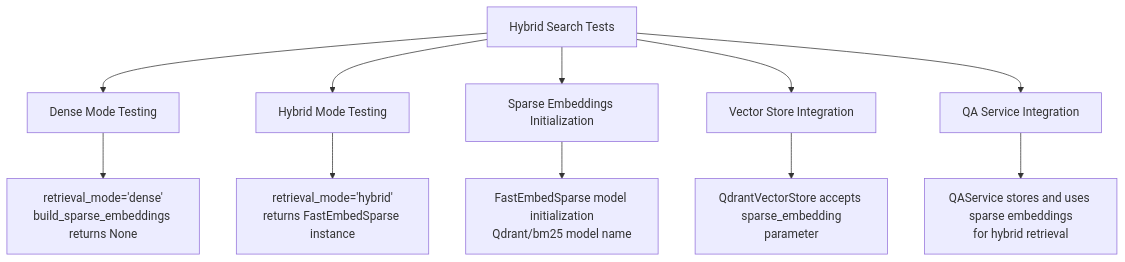
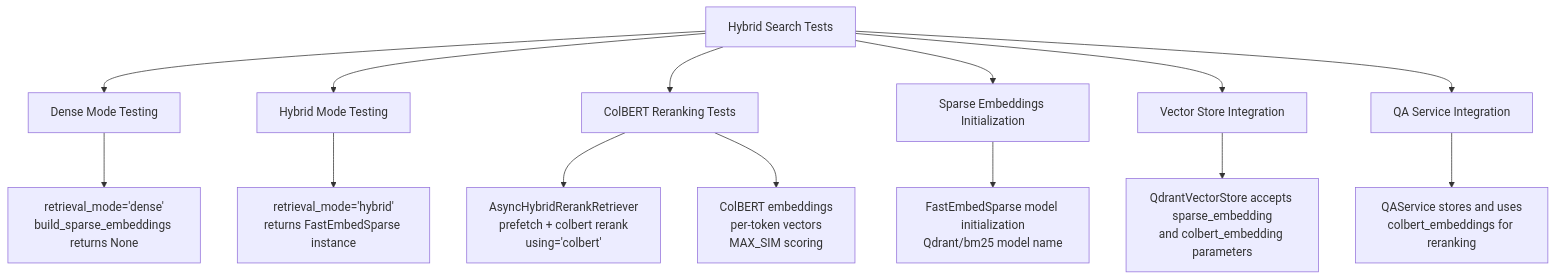
Before and after one commit to ognelis/cafetera_hr_bot: diagram 12 of 15 in .qoder/repowiki/en/content/RAG Integration/RAG Parser Enhancement.md, drawn with Mermaid. The commit also changed other lines of this file and 27 other files, not shown here.

Commit message:
CAFETERA-42 hybrid rerank search

````diff
--- a/.qoder/repowiki/en/content/RAG Integration/RAG Parser Enhancement.md
+++ b/.qoder/repowiki/en/content/RAG Integration/RAG Parser Enhancement.md
@@ -533,13 +615,16 @@
 ```mermaid
 flowchart TD
 HybridTests["Hybrid Search Tests"] --> DenseMode["Dense Mode Testing"]
 HybridTests --> HybridMode["Hybrid Mode Testing"]
+HybridTests --> ColBERTRerank["ColBERT Reranking Tests"]
 HybridTests --> SparseInit["Sparse Embeddings Initialization"]
 HybridTests --> VectorStore["Vector Store Integration"]
 HybridTests --> QAIntegration["QA Service Integration"]
 DenseMode --> Test1["retrieval_mode='dense'<br/>build_sparse_embeddings returns None"]
 HybridMode --> Test2["retrieval_mode='hybrid'<br/>returns FastEmbedSparse instance"]
-SparseInit --> Test3["FastEmbedSparse model initialization<br/>Qdrant/bm25 model name"]
-VectorStore --> Test4["QdrantVectorStore accepts sparse_embedding<br/>parameter"]
-QAIntegration --> Test5["QAService stores and uses sparse embeddings<br/>for hybrid retrieval"]
+ColBERTRerank --> Test3["AsyncHybridRerankRetriever<br/>prefetch + colbert rerank<br/>using='colbert'"]
+ColBERTRerank --> Test4["ColBERT embeddings<br/>per-token vectors<br/>MAX_SIM scoring"]
+SparseInit --> Test5["FastEmbedSparse model initialization<br/>Qdrant/bm25 model name"]
+VectorStore --> Test6["QdrantVectorStore accepts sparse_embedding<br/>and colbert_embedding parameters"]
+QAIntegration --> Test7["QAService stores and uses<br/>colbert_embeddings for reranking"]
 ```
````
